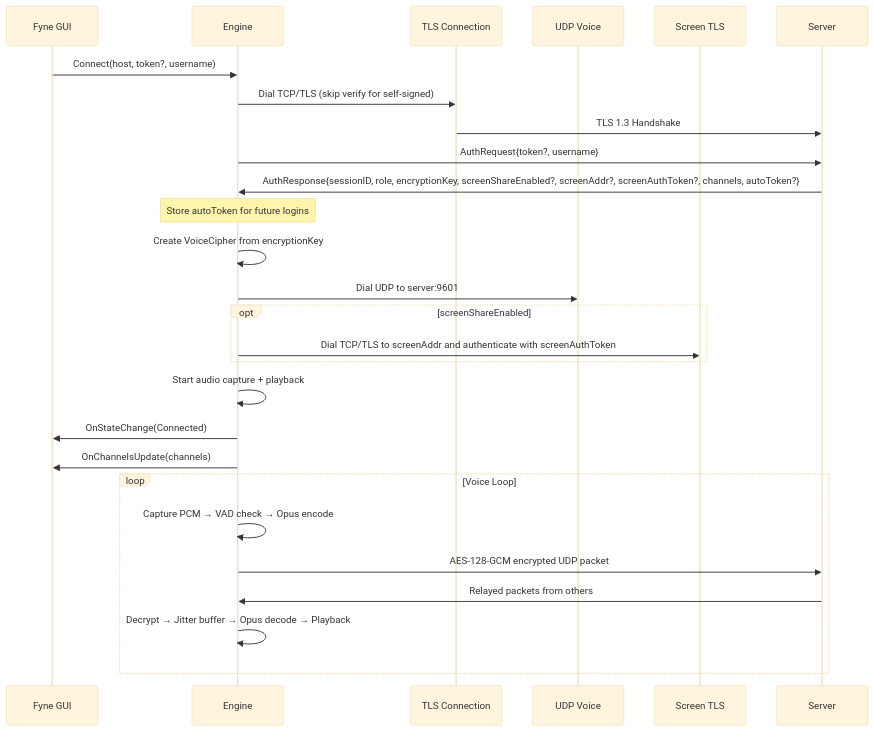
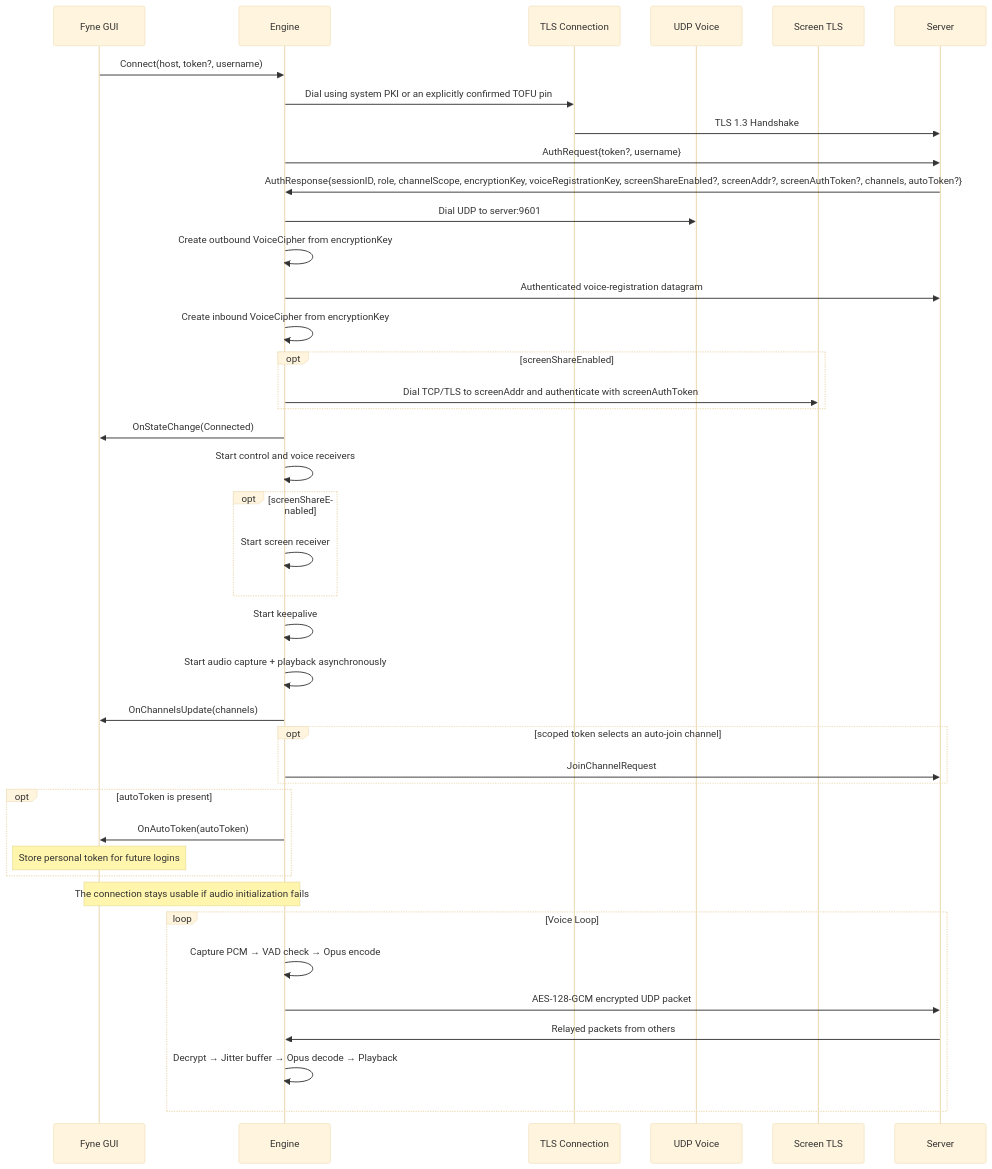
Before and after one commit to NicolasHaas/gospeak: the fourth of 5 diagrams in docs/architecture.md, drawn with Mermaid (base theme). The commit also changed other lines of this file and 9 other files, not shown here.

````diff
--- a/docs/architecture.md
+++ b/docs/architecture.md
@@ -144,31 +149,45 @@
 ```mermaid
 sequenceDiagram
     participant UI as Fyne GUI
     participant Eng as Engine
     participant TLS as TLS Connection
     participant UDP as UDP Voice
     participant SCR as Screen TLS
     participant Srv as Server
 
     UI->>Eng: Connect(host, token?, username)
-    Eng->>TLS: Dial TCP/TLS (skip verify for self-signed)
+    Eng->>TLS: Dial using system PKI or an explicitly confirmed TOFU pin
     TLS->>Srv: TLS 1.3 Handshake
     Eng->>Srv: AuthRequest{token?, username}
-    Srv->>Eng: AuthResponse{sessionID, role, encryptionKey, screenShareEnabled?, screenAddr?, screenAuthToken?, channels, autoToken?}
-    Note over Eng: Store autoToken for future logins
-    Eng->>Eng: Create VoiceCipher from encryptionKey
+    Srv->>Eng: AuthResponse{sessionID, role, channelScope, encryptionKey, voiceRegistrationKey, screenShareEnabled?, screenAddr?, screenAuthToken?, channels, autoToken?}
     Eng->>UDP: Dial UDP to server:9601
+    Eng->>Eng: Create outbound VoiceCipher from encryptionKey
+    Eng->>Srv: Authenticated voice-registration datagram
+    Eng->>Eng: Create inbound VoiceCipher from encryptionKey
     opt screenShareEnabled
         Eng->>SCR: Dial TCP/TLS to screenAddr and authenticate with screenAuthToken
     end
-    Eng->>Eng: Start audio capture + playback
     Eng->>UI: OnStateChange(Connected)
+    Eng->>Eng: Start control and voice receivers
+    opt screenShareEnabled
+        Eng->>Eng: Start screen receiver
+    end
+    Eng->>Eng: Start keepalive
+    Eng->>Eng: Start audio capture + playback asynchronously
     Eng->>UI: OnChannelsUpdate(channels)
+    opt scoped token selects an auto-join channel
+        Eng->>Srv: JoinChannelRequest
+    end
+    opt autoToken is present
+        Eng->>UI: OnAutoToken(autoToken)
+        Note over UI: Store personal token for future logins
+    end
+    Note over Eng,UI: The connection stays usable if audio initialization fails
 
     loop Voice Loop
         Eng->>Eng: Capture PCM → VAD check → Opus encode
         Eng->>Srv: AES-128-GCM encrypted UDP packet
         Srv->>Eng: Relayed packets from others
         Eng->>Eng: Decrypt → Jitter buffer → Opus decode → Playback
     end
 ```
````
